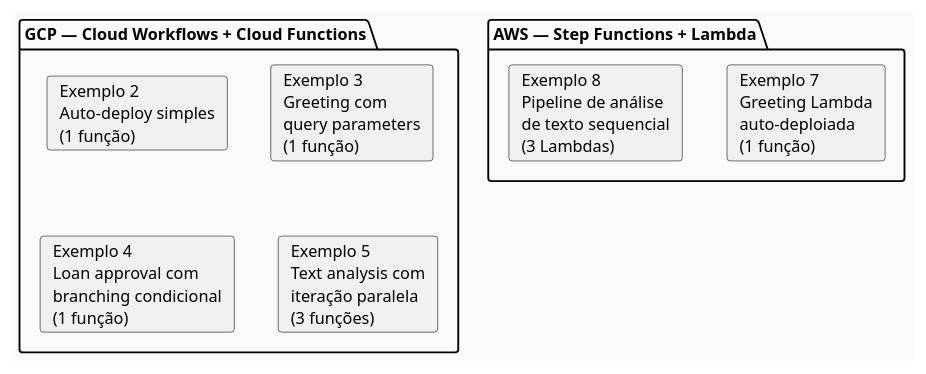
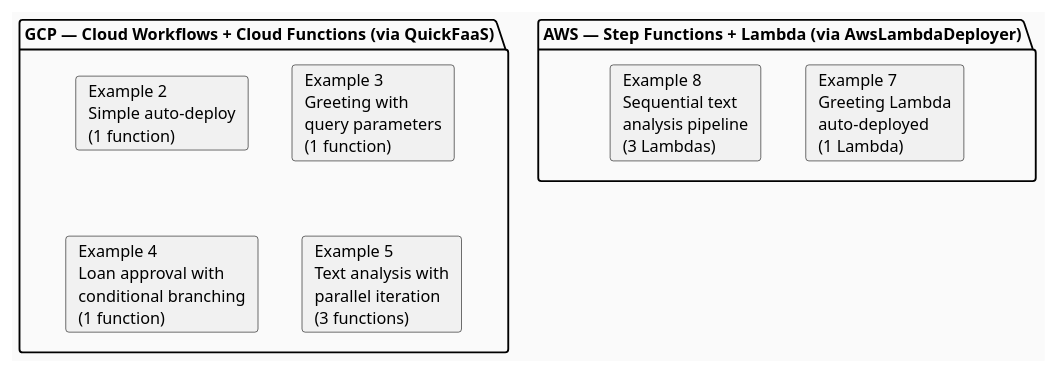
The eighth of 8 diagrams in omni-flow-main/Apresentacao-Orientador.md (EngenheiroPedroCarvalho/ISEL-Thesis-2526), drawn with PlantUML before and after one commit. The commit also changed other lines of this file, not shown here.

First line of the commit message:
Translate presentation to English and fix QuickFaaS AWS references

````diff
--- a/omni-flow-main/Apresentacao-Orientador.md
+++ b/omni-flow-main/Apresentacao-Orientador.md
@@ -282,18 +284,18 @@
 ```plantuml
 @startuml
 skinparam backgroundColor #FAFAFA
 skinparam defaultFontSize 13
 
-package "GCP — Cloud Workflows + Cloud Functions" {
-  card "Exemplo 2\nAuto-deploy simples\n(1 função)" as E2
-  card "Exemplo 3\nGreeting com\nquery parameters\n(1 função)" as E3
-  card "Exemplo 4\nLoan approval com\nbranching condicional\n(1 função)" as E4
-  card "Exemplo 5\nText analysis com\niteração paralela\n(3 funções)" as E5
+package "GCP — Cloud Workflows + Cloud Functions (via QuickFaaS)" {
+  card "Example 2\nSimple auto-deploy\n(1 function)" as E2
+  card "Example 3\nGreeting with\nquery parameters\n(1 function)" as E3
+  card "Example 4\nLoan approval with\nconditional branching\n(1 function)" as E4
+  card "Example 5\nText analysis with\nparallel iteration\n(3 functions)" as E5
 }
 
-package "AWS — Step Functions + Lambda" {
-  card "Exemplo 7\nGreeting Lambda\nauto-deploiada\n(1 função)" as E7
-  card "Exemplo 8\nPipeline de análise\nde texto sequencial\n(3 Lambdas)" as E8
+package "AWS — Step Functions + Lambda (via AwsLambdaDeployer)" {
+  card "Example 7\nGreeting Lambda\nauto-deployed\n(1 Lambda)" as E7
+  card "Example 8\nSequential text\nanalysis pipeline\n(3 Lambdas)" as E8
 }
 @enduml
 ```
````
